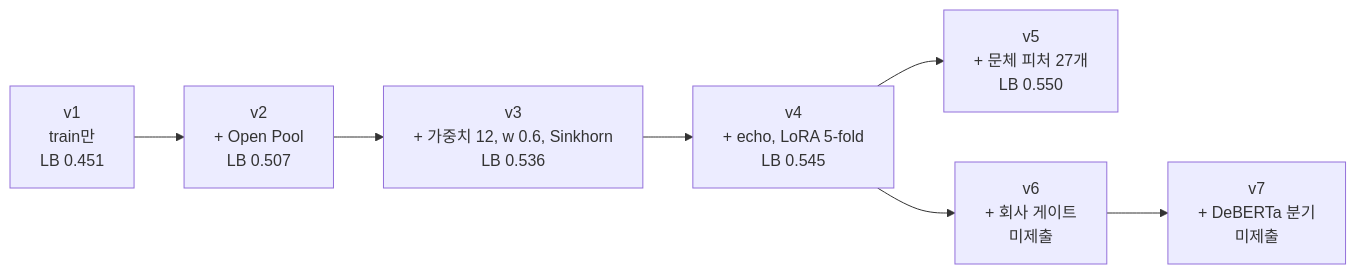
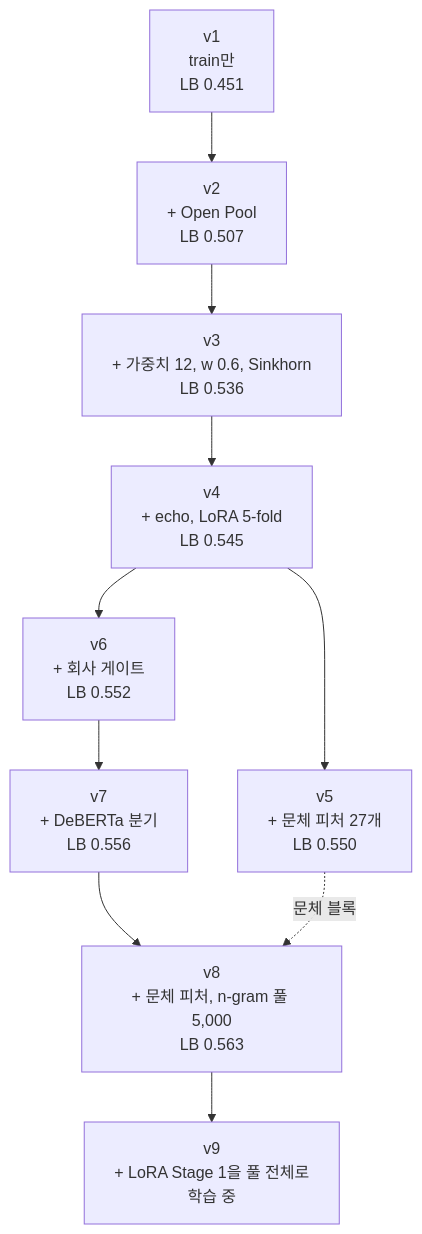
The second of 2 diagrams in docs/05_version_history.md (Lee-Jungwoo/name-that-llm), drawn with Mermaid before and after one commit. The commit also changed other lines of this file and 13 other files, not shown here.

````diff
--- a/docs/05_version_history.md
+++ b/docs/05_version_history.md
@@ -41,9 +41,12 @@
 ```mermaid
-flowchart LR
+flowchart TD
     v1["v1<br/>train만<br/>LB 0.451"] --> v2["v2<br/>+ Open Pool<br/>LB 0.507"]
     v2 --> v3["v3<br/>+ 가중치 12, w 0.6, Sinkhorn<br/>LB 0.536"]
     v3 --> v4["v4<br/>+ echo, LoRA 5-fold<br/>LB 0.545"]
     v4 --> v5["v5<br/>+ 문체 피처 27개<br/>LB 0.550"]
-    v4 --> v6["v6<br/>+ 회사 게이트<br/>미제출"]
-    v6 --> v7["v7<br/>+ DeBERTa 분기<br/>미제출"]
+    v4 --> v6["v6<br/>+ 회사 게이트<br/>LB 0.552"]
+    v6 --> v7["v7<br/>+ DeBERTa 분기<br/>LB 0.556"]
+    v7 --> v8["v8<br/>+ 문체 피처, n-gram 풀 5,000<br/>LB 0.563"]
+    v5 -. "문체 블록" .-> v8
+    v8 --> v9["v9<br/>+ LoRA Stage 1을 풀 전체로<br/>학습 중"]
 ```
````
